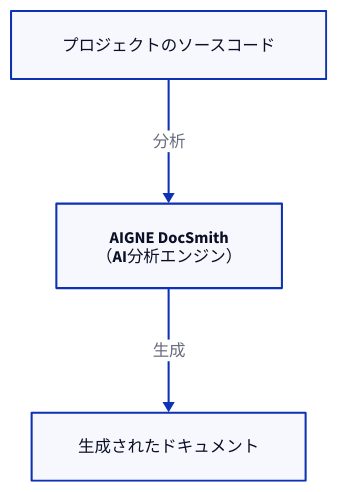
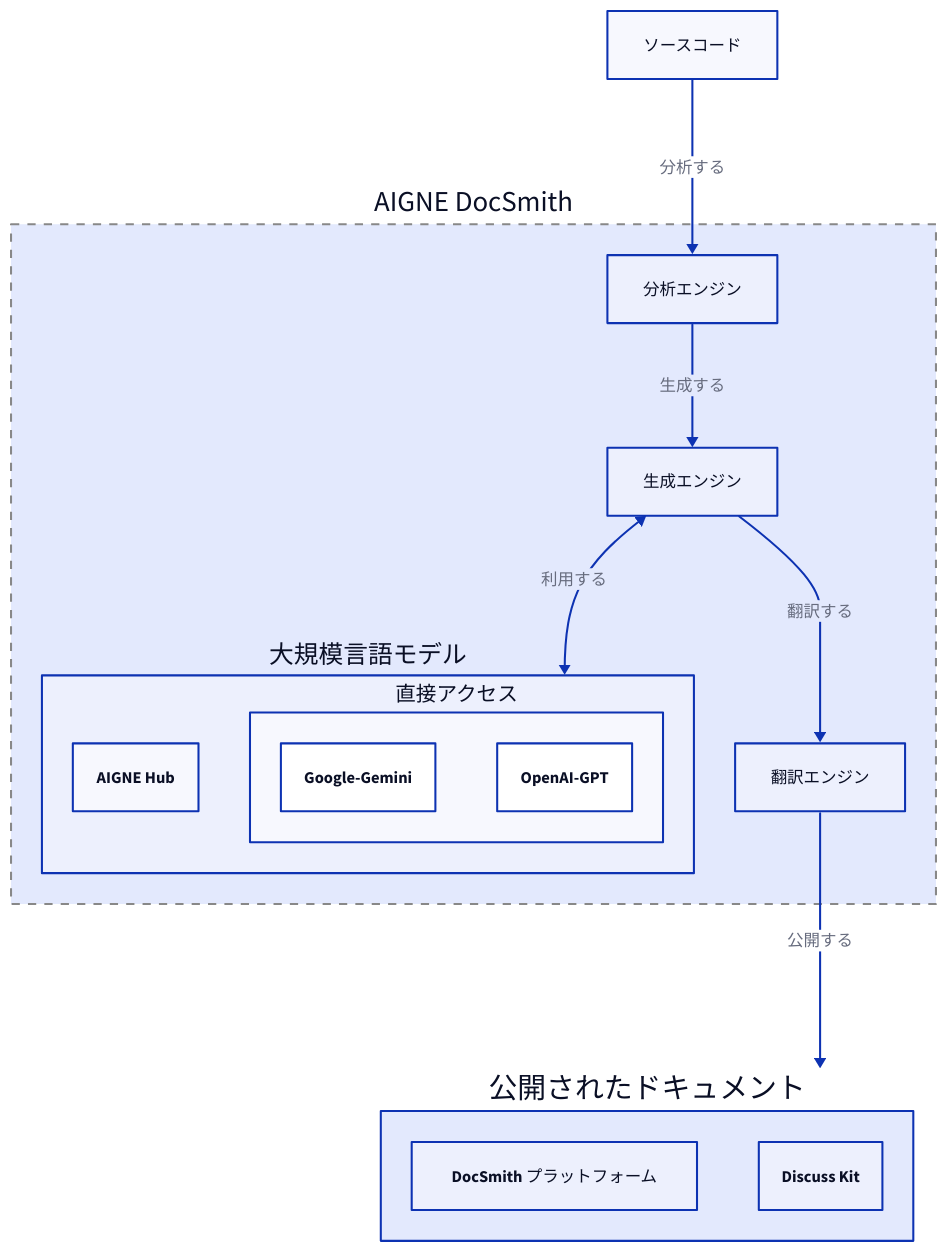
One commit to AIGNE-io/aigne-doc-smith changed the diagram in docs/overview.ja.md. Above: the diagram before and after it, drawn with D2. The commit also changed other lines of this file and 60 other files, not shown here.

````diff
--- a/docs/overview.ja.md
+++ b/docs/overview.ja.md
@@ -11,21 +13,69 @@
 ```d2
 direction: down
 
 Source-Code: {
-  label: "プロジェクトのソースコード"
+  label: "ソースコード"
   shape: rectangle
 }
 
-DocSmith: {
-  label: "AIGNE DocSmith\n（AI分析エンジン）"
+AIGNE-DocSmith: {
+  label: "AIGNE DocSmith"
   shape: rectangle
+  style: {
+    stroke: "#888"
+    stroke-width: 2
+    stroke-dash: 4
+  }
+
+  Analysis-Engine: {
+    label: "分析エンジン"
+    shape: rectangle
+  }
+
+  Generation-Engine: {
+    label: "生成エンジン"
+    shape: rectangle
+  }
+
+  Translation-Engine: {
+    label: "翻訳エンジン"
+    shape: rectangle
+  }
+
+  LLMs: {
+    label: "大規模言語モデル"
+    shape: rectangle
+
+    AIGNE-Hub: {
+      label: "AIGNE Hub"
+    }
+
+    Direct-Access: {
+      label: "直接アクセス"
+      shape: rectangle
+      Google-Gemini: {}
+      OpenAI-GPT: {}
+    }
+  }
 }
 
-Docs: {
-  label: "生成されたドキュメント"
+Published-Documentation: {
+  label: "公開されたドキュメント"
   shape: rectangle
+
+  DocSmith-Platform: {
+    label: "DocSmith プラットフォーム"
+  }
+
+  Discuss-Kit: {
+    label: "Discuss Kit"
+  }
 }
 
-Source-Code -> DocSmith: "分析"
-DocSmith -> Docs: "生成"
+Source-Code -> AIGNE-DocSmith.Analysis-Engine: "分析する"
+AIGNE-DocSmith.Analysis-Engine -> AIGNE-DocSmith.Generation-Engine: "生成する"
+AIGNE-DocSmith.Generation-Engine <-> AIGNE-DocSmith.LLMs: "利用する"
+AIGNE-DocSmith.Generation-Engine -> AIGNE-DocSmith.Translation-Engine: "翻訳する"
+AIGNE-DocSmith.Translation-Engine -> Published-Documentation: "公開する"
+
 ```
````
